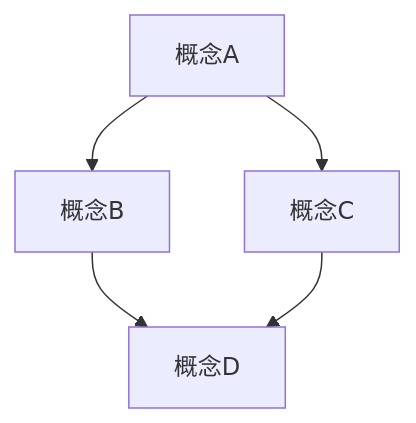
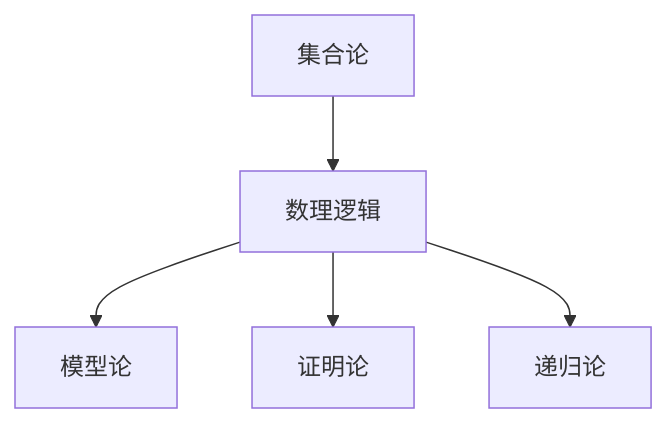
Before and after one commit to AdaMartin18010/Mathematics: the diagram in Math/Refactor/00-项目总览/04-标准文档模板.md, drawn with Mermaid. The commit also changed other lines of this file and 22 other files, not shown here.

````diff
--- a/Math/Refactor/00-项目总览/04-标准文档模板.md
+++ b/Math/Refactor/00-项目总览/04-标准文档模板.md
@@ -207,7 +255,7 @@
 ```mermaid
 graph TD
-    A[概念A] --> B[概念B]
-    A --> C[概念C]
-    B --> D[概念D]
-    C --> D
+    A[集合论] --> B[数理逻辑]
+    B --> C[模型论]
+    B --> D[证明论]
+    B --> E[递归论]
 ```
````
